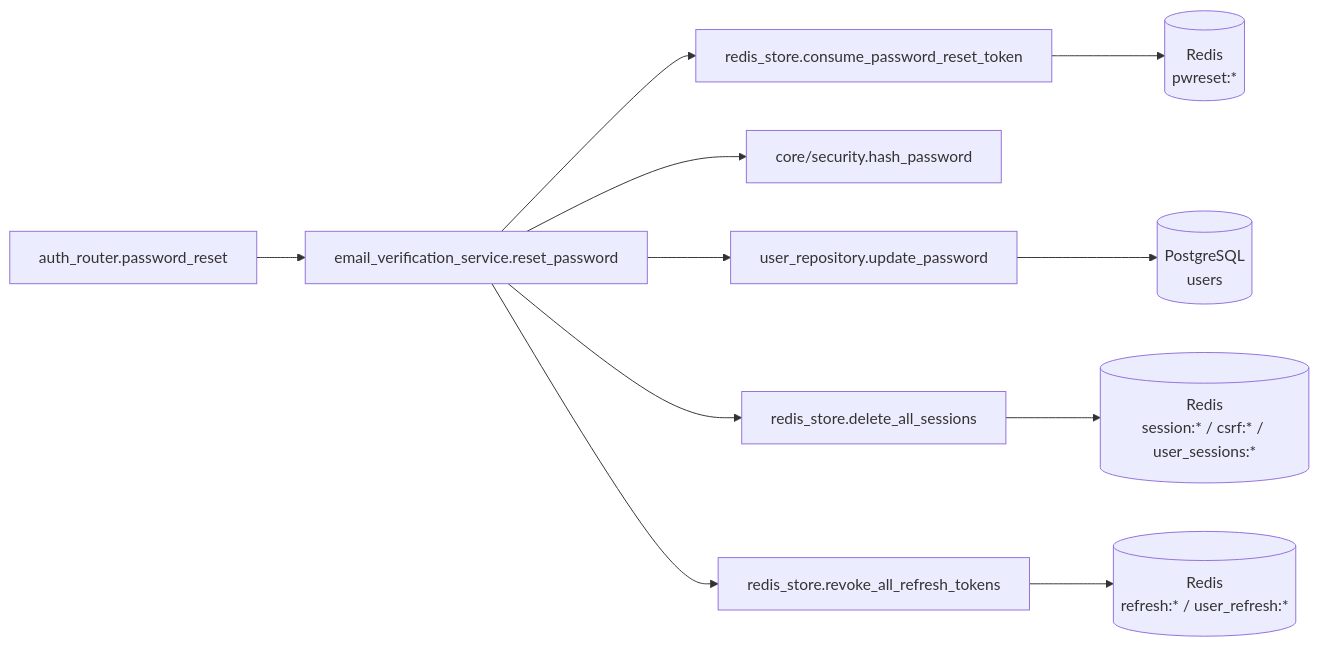
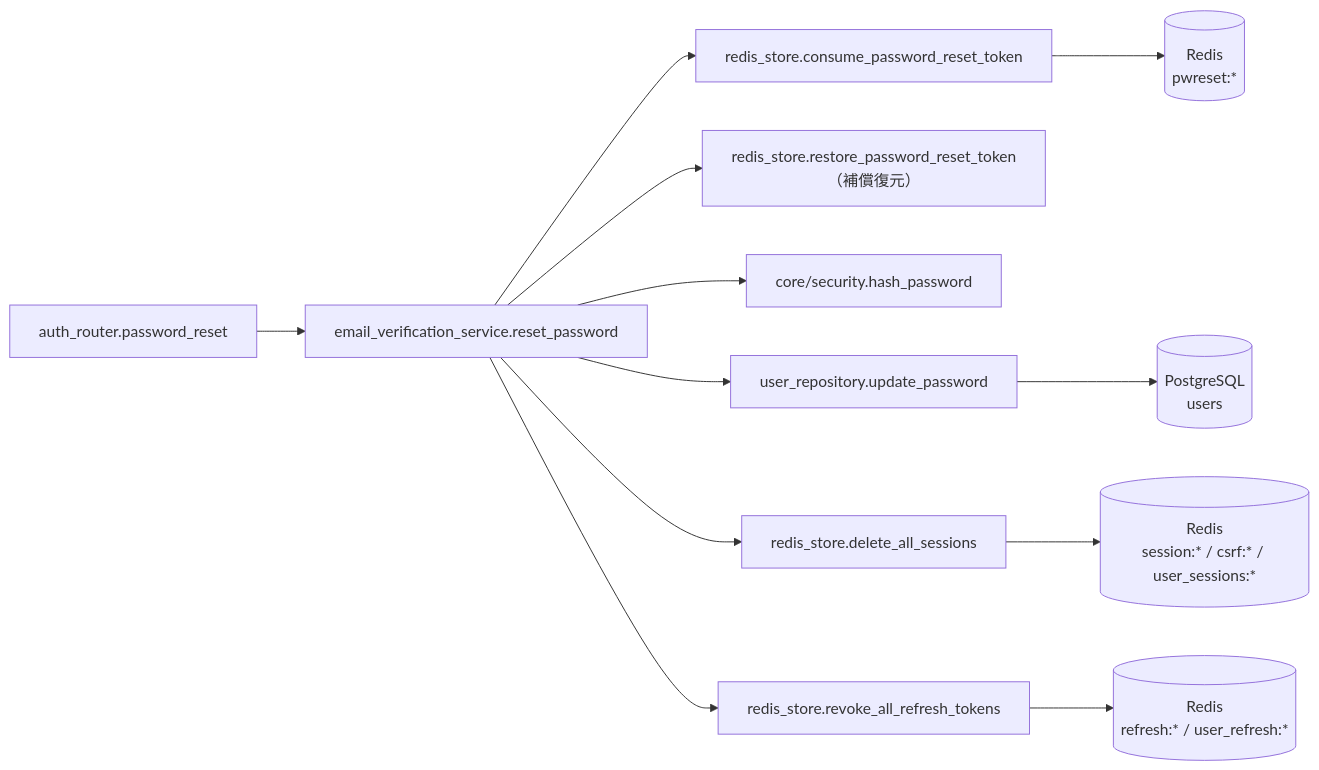
The third of 4 diagrams in docs/detailed_design/api/auth/10_post_auth_password_reset.md (oikawa-d/task_management), drawn with Mermaid before and after one commit. The commit also changed other lines of this file and 80 other files, not shown here.

````diff
--- a/docs/detailed_design/api/auth/10_post_auth_password_reset.md
+++ b/docs/detailed_design/api/auth/10_post_auth_password_reset.md
@@ -222,13 +239,14 @@
 ```mermaid
 flowchart LR
     R["auth_router.password_reset"] --> S["email_verification_service.reset_password"]
     S --> RD1["redis_store.consume_password_reset_token"]
+    S --> RD4["redis_store.restore_password_reset_token（補償復元）"]
     S --> SEC["core/security.hash_password"]
     S --> UR["user_repository.update_password"]
     S --> RD2["redis_store.delete_all_sessions"]
     S --> RD3["redis_store.revoke_all_refresh_tokens"]
     RD1 --> REDIS1[("Redis<br/>pwreset:*")]
     UR --> PG[("PostgreSQL<br/>users")]
     RD2 --> REDIS2[("Redis<br/>session:* / csrf:* / user_sessions:*")]
     RD3 --> REDIS3[("Redis<br/>refresh:* / user_refresh:*")]
 ```
````
